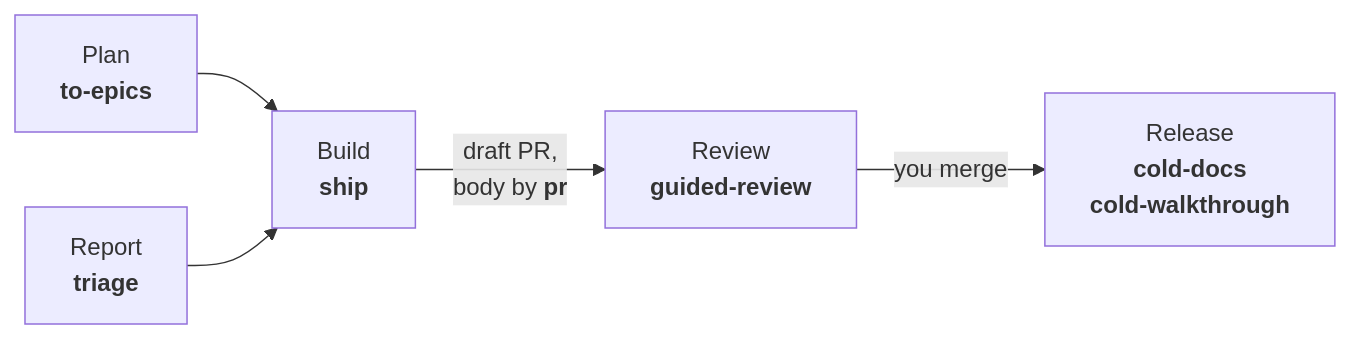
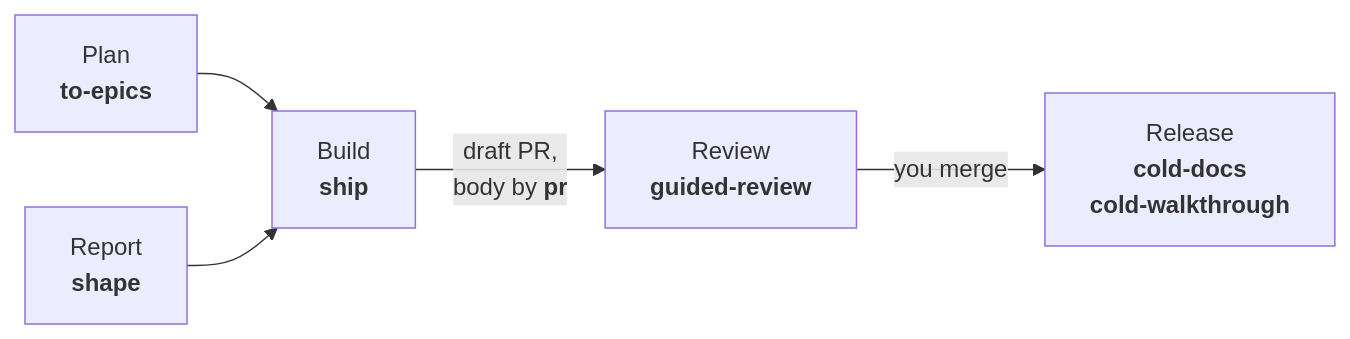
Before and after one commit to ITZSHOAIB/dev-skills: the first of 5 diagrams in README.md, drawn with Mermaid. The commit also changed other lines of this file and 2 other files, not shown here.

Commit message:
refactor: rename triage to shape

````diff
--- a/README.md
+++ b/README.md
@@ -79,7 +79,7 @@
 ```mermaid
 flowchart LR
     P["Plan<br/><b>to-epics</b>"] --> B["Build<br/><b>ship</b>"]
-    T["Report<br/><b>triage</b>"] --> B
+    T["Report<br/><b>shape</b>"] --> B
     B -->|"draft PR,<br/>body by <b>pr</b>"| R["Review<br/><b>guided-review</b>"]
     R -->|"you merge"| L["Release<br/><b>cold-docs</b><br/><b>cold-walkthrough</b>"]
 ```
````
